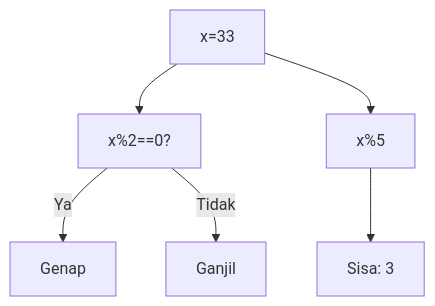
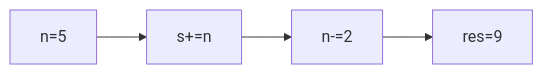
Diagram 12 of 25 in part-c-pemahaman-cpp/03-perulangan/latihan/set-05.md (amnahwaida/OSNK_INF_PREP), drawn with Mermaid before and after one commit. The commit also changed other lines of this file and 71 other files, not shown here.

````diff
--- a/part-c-pemahaman-cpp/03-perulangan/latihan/set-05.md
+++ b/part-c-pemahaman-cpp/03-perulangan/latihan/set-05.md
@@ -371,8 +318,6 @@
 ```mermaid
-graph TD
-A["x=33"] --> B["x%2==0?"]
-B -- Ya --> C["Genap"]
-B -- Tidak --> D["Ganjil"]
-A --> E["x%5"]
-E --> F["Sisa: 3"]
+graph LR
+A["n=5"] --> B["s+=n"]
+B --> C["n-=2"]
+C --> D["res=9"]
 ```
````
